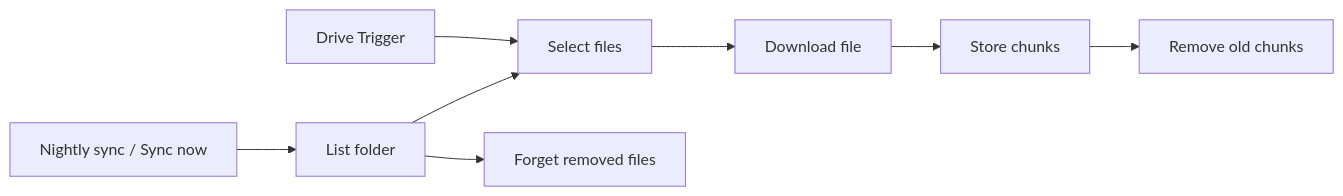
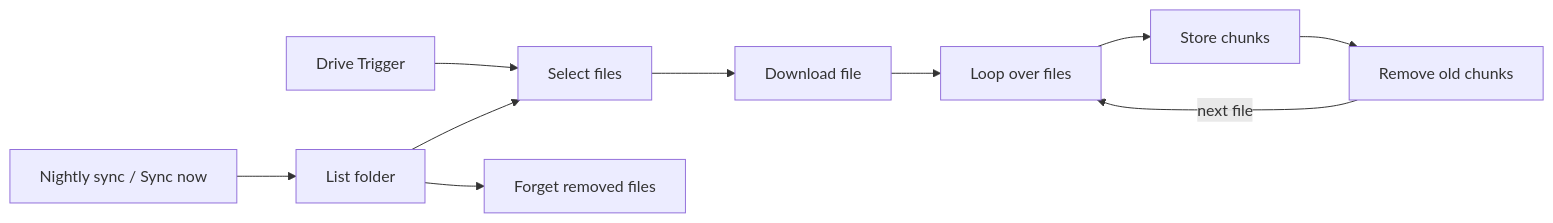
Before and after one commit to mick-gsk/n8n-ai-email-triage: the first of 2 diagrams in workflows/support-chatbot/README.md, drawn with Mermaid. The commit also changed other lines of this file and 4 other files, not shown here.

````diff
--- a/workflows/support-chatbot/README.md
+++ b/workflows/support-chatbot/README.md
@@ -16,7 +16,8 @@
 ```mermaid
 flowchart LR
     DT[Drive Trigger] --> SF[Select files]
     NS[Nightly sync / Sync now] --> LF[List folder] --> SF
     LF --> FR[Forget removed files]
-    SF --> DL[Download file] --> ST[Store chunks] --> RO[Remove old chunks]
+    SF --> DL[Download file] --> LP[Loop over files] --> ST[Store chunks] --> RO[Remove old chunks]
+    RO -- next file --> LP
 ```
````
